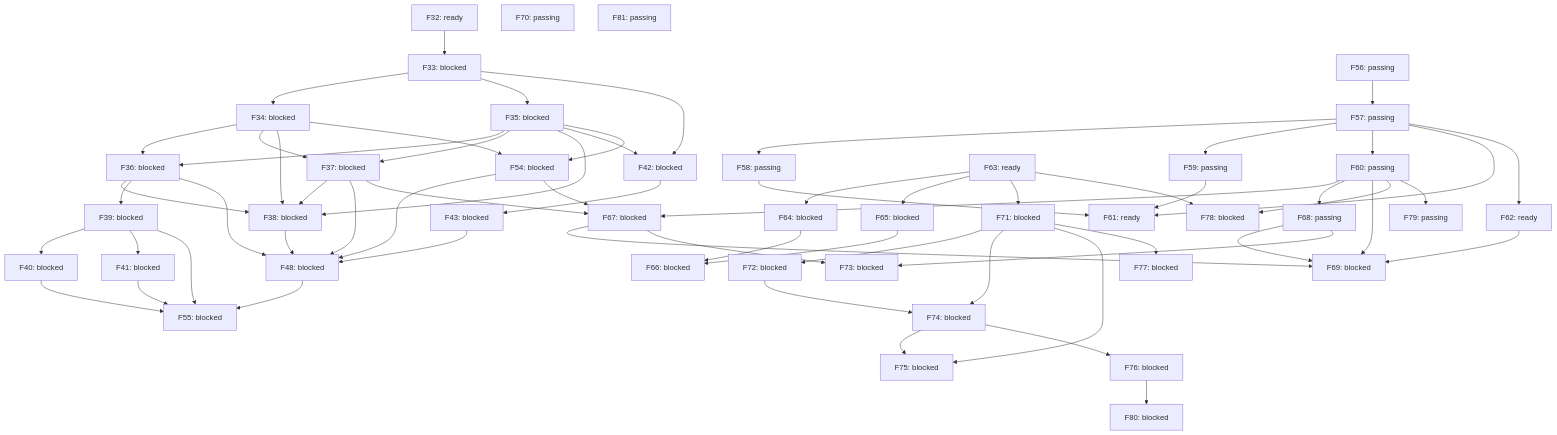
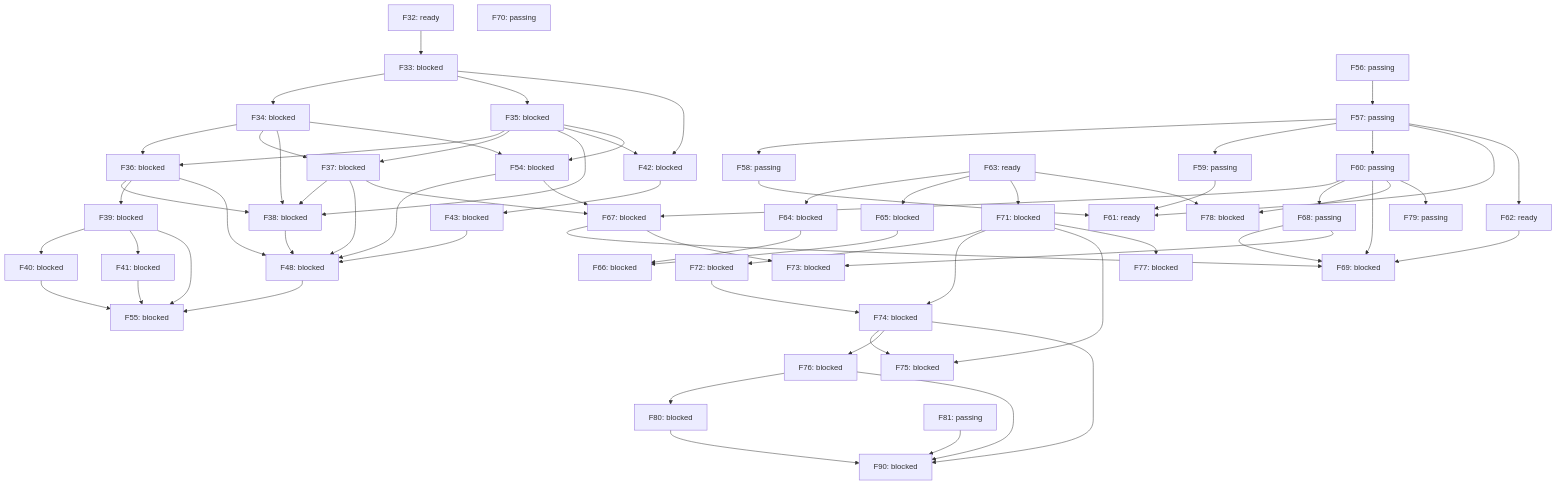
One commit to alex-nax/rengine changed the diagram in docs/roadmap-graph.md. Above: the diagram before and after it, drawn with Mermaid. The commit also changed other lines of this file and 3 other files, not shown here.

````diff
--- a/docs/roadmap-graph.md
+++ b/docs/roadmap-graph.md
@@ -109,4 +109,9 @@
   F80["F80: blocked"]
   F76 --> F80
   F81["F81: passing"]
+  F90["F90: blocked"]
+  F74 --> F90
+  F76 --> F90
+  F80 --> F90
+  F81 --> F90
 ```
````
